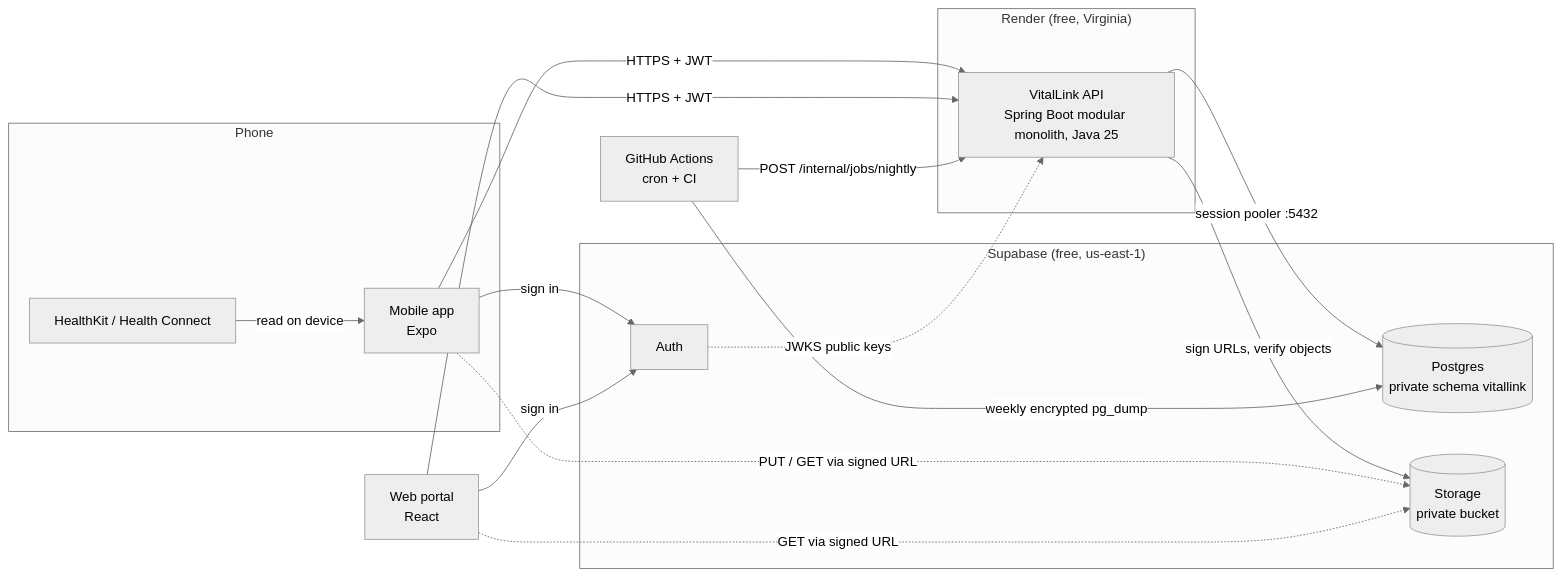
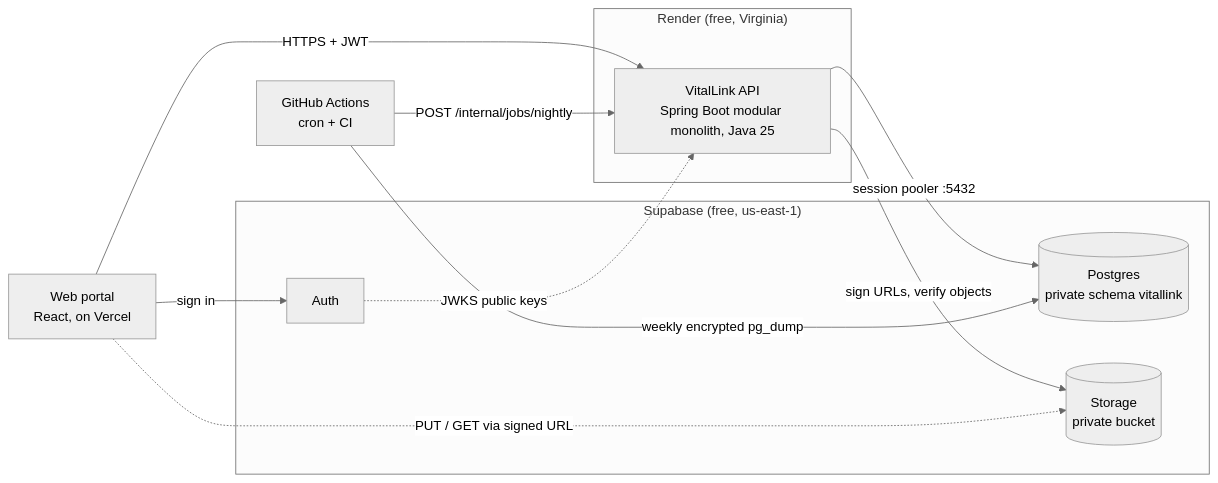
Before and after one commit to Prabin-Aman/VitalLink: the first of 2 diagrams in backend/docs/02-architecture.md, drawn with Mermaid (neutral theme). The commit also changed other lines of this file and 61 other files, not shown here.

````diff
--- a/backend/docs/02-architecture.md
+++ b/backend/docs/02-architecture.md
@@ -5,31 +5,23 @@
 ```mermaid
 flowchart LR
-  subgraph Phone
-    HK[HealthKit / Health Connect]
-    M[Mobile app<br/>Expo]
-  end
-  W[Web portal<br/>React]
-  HK -->|read on device| M
+  W[Web portal<br/>React, on Vercel]
 
   subgraph Render["Render (free, Virginia)"]
     API[VitalLink API<br/>Spring Boot modular monolith, Java 25]
   end
   subgraph Supabase["Supabase (free, us-east-1)"]
     AUTH[Auth]
     DB[(Postgres<br/>private schema vitallink)]
     ST[(Storage<br/>private bucket)]
   end
   GH[GitHub Actions<br/>cron + CI]
 
-  M -->|sign in| AUTH
   W -->|sign in| AUTH
-  M -->|HTTPS + JWT| API
   W -->|HTTPS + JWT| API
   AUTH -. JWKS public keys .-> API
   API -->|session pooler :5432| DB
   API -->|sign URLs, verify objects| ST
-  M -. PUT / GET via signed URL .-> ST
-  W -. GET via signed URL .-> ST
+  W -. PUT / GET via signed URL .-> ST
   GH -->|POST /internal/jobs/nightly| API
   GH -->|weekly encrypted pg_dump| DB
 ```
````
